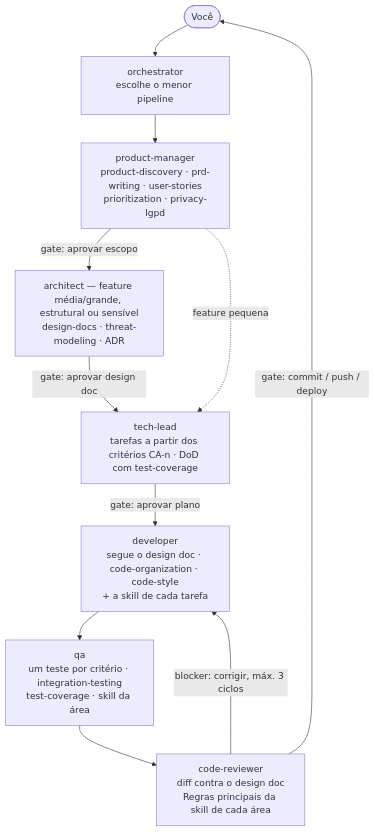
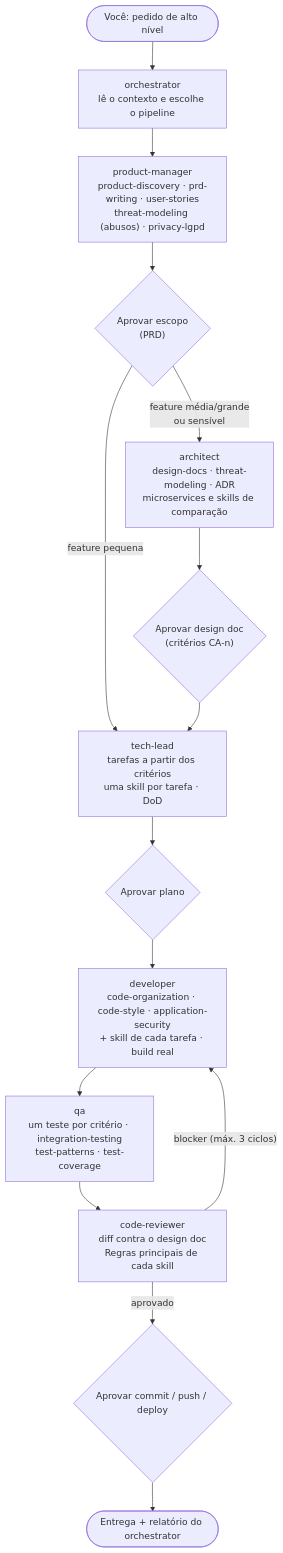
Before and after one commit to edimilsonldutra/spring-boot-core: the diagram in plugins/README.md, drawn with Mermaid. The commit also changed other lines of this file and 8 other files, not shown here.

````diff
--- a/plugins/README.md
+++ b/plugins/README.md
@@ -192,13 +153,17 @@
 ```mermaid
 flowchart TD
-    U([Você]) --> O[orchestrator<br/>escolhe o menor pipeline]
-    O --> PM["product-manager<br/>product-discovery · prd-writing · user-stories<br/>prioritization · privacy-lgpd"]
-    PM -->|gate: aprovar escopo| AR["architect — feature média/grande, estrutural ou sensível<br/>design-docs · threat-modeling · ADR"]
-    AR -->|gate: aprovar design doc| TL["tech-lead<br/>tarefas a partir dos critérios CA-n · DoD com test-coverage"]
-    PM -.->|feature pequena| TL
-    TL -->|gate: aprovar plano| DEV["developer<br/>segue o design doc · code-organization · code-style<br/>+ a skill de cada tarefa"]
-    DEV --> QA["qa<br/>um teste por critério · integration-testing<br/>test-coverage · skill da área"]
-    QA --> CR["code-reviewer<br/>diff contra o design doc<br/>Regras principais da skill de cada área"]
-    CR -->|blocker: corrigir, máx. 3 ciclos| DEV
-    CR -->|gate: commit / push / deploy| U
+    U(["Você: pedido de alto nível"]) --> O["orchestrator<br/>lê o contexto e escolhe o pipeline"]
+    O --> PM["product-manager<br/>product-discovery · prd-writing · user-stories<br/>threat-modeling (abusos) · privacy-lgpd"]
+    PM --> G1{"Aprovar escopo<br/>(PRD)"}
+    G1 -->|"feature média/grande<br/>ou sensível"| AR["architect<br/>design-docs · threat-modeling · ADR<br/>microservices e skills de comparação"]
+    G1 -->|"feature pequena"| TL
+    AR --> G2{"Aprovar design doc<br/>(critérios CA-n)"}
+    G2 --> TL["tech-lead<br/>tarefas a partir dos critérios<br/>uma skill por tarefa · DoD"]
+    TL --> G3{"Aprovar plano"}
+    G3 --> DEV["developer<br/>code-organization · code-style · application-security<br/>+ skill de cada tarefa · build real"]
+    DEV --> QA["qa<br/>um teste por critério · integration-testing<br/>test-patterns · test-coverage"]
+    QA --> CR["code-reviewer<br/>diff contra o design doc<br/>Regras principais de cada skill"]
+    CR -->|"blocker (máx. 3 ciclos)"| DEV
+    CR -->|"aprovado"| G4{"Aprovar commit / push / deploy"}
+    G4 --> FIM(["Entrega + relatório do orchestrator"])
 ```
````
